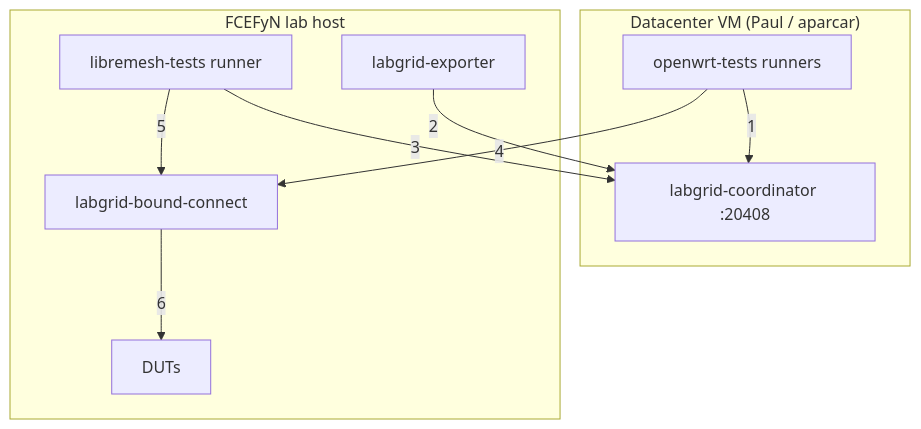
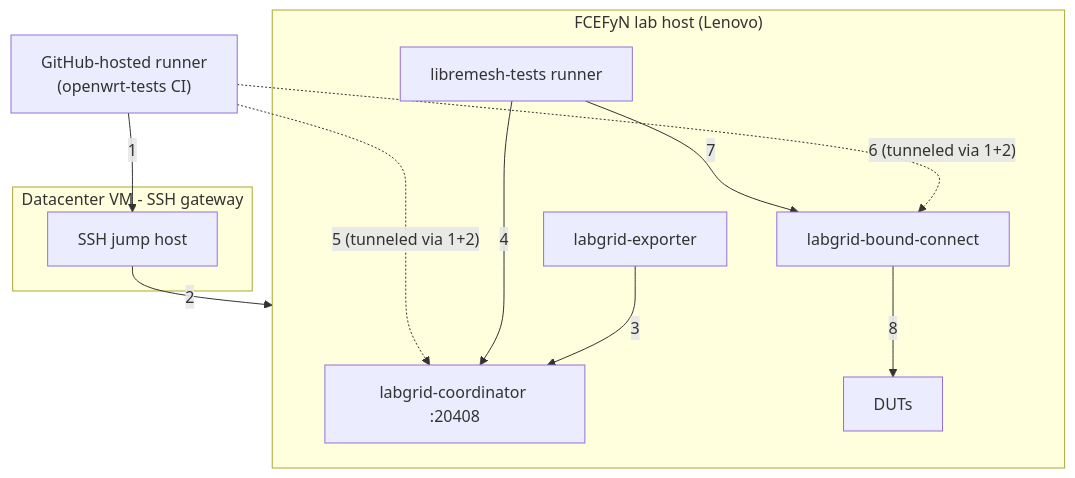
The second of 3 diagrams in docs/diseno/integration-overview.md (ccasanueva7/fcefyn_testbed_utils), drawn with Mermaid before and after one commit. The commit also changed other lines of this file and 9 other files, not shown here.

````diff
--- a/docs/diseno/integration-overview.md
+++ b/docs/diseno/integration-overview.md
@@ -58,21 +62,25 @@
 ```mermaid
 flowchart TD
-    subgraph vm ["Datacenter VM (Paul / aparcar)"]
-        R_OWT["openwrt-tests runners"]
-        COORD["labgrid-coordinator :20408"]
+    subgraph vm ["Datacenter VM - SSH gateway"]
+        SSH_GW["SSH jump host"]
     end
 
-    subgraph lab ["FCEFyN lab host"]
+    subgraph lab ["FCEFyN lab host (Lenovo)"]
+        COORD["labgrid-coordinator :20408"]
         R_LM["libremesh-tests runner"]
         EXP["labgrid-exporter"]
         BC["labgrid-bound-connect"]
         DUTs["DUTs"]
     end
 
-    R_OWT -- "1" --> COORD
-    EXP -- "2" --> COORD
-    R_LM -- "3" --> COORD
-    R_OWT -- "4" --> BC
-    R_LM -- "5" --> BC
-    BC -- "6" --> DUTs
+    GH["GitHub-hosted runner\n(openwrt-tests CI)"]
+
+    GH -- "1" --> SSH_GW
+    SSH_GW -- "2" --> lab
+    EXP -- "3" --> COORD
+    R_LM -- "4" --> COORD
+    GH -. "5 (tunneled via 1+2)" .-> COORD
+    GH -. "6 (tunneled via 1+2)" .-> BC
+    R_LM -- "7" --> BC
+    BC -- "8" --> DUTs
 ```
````
